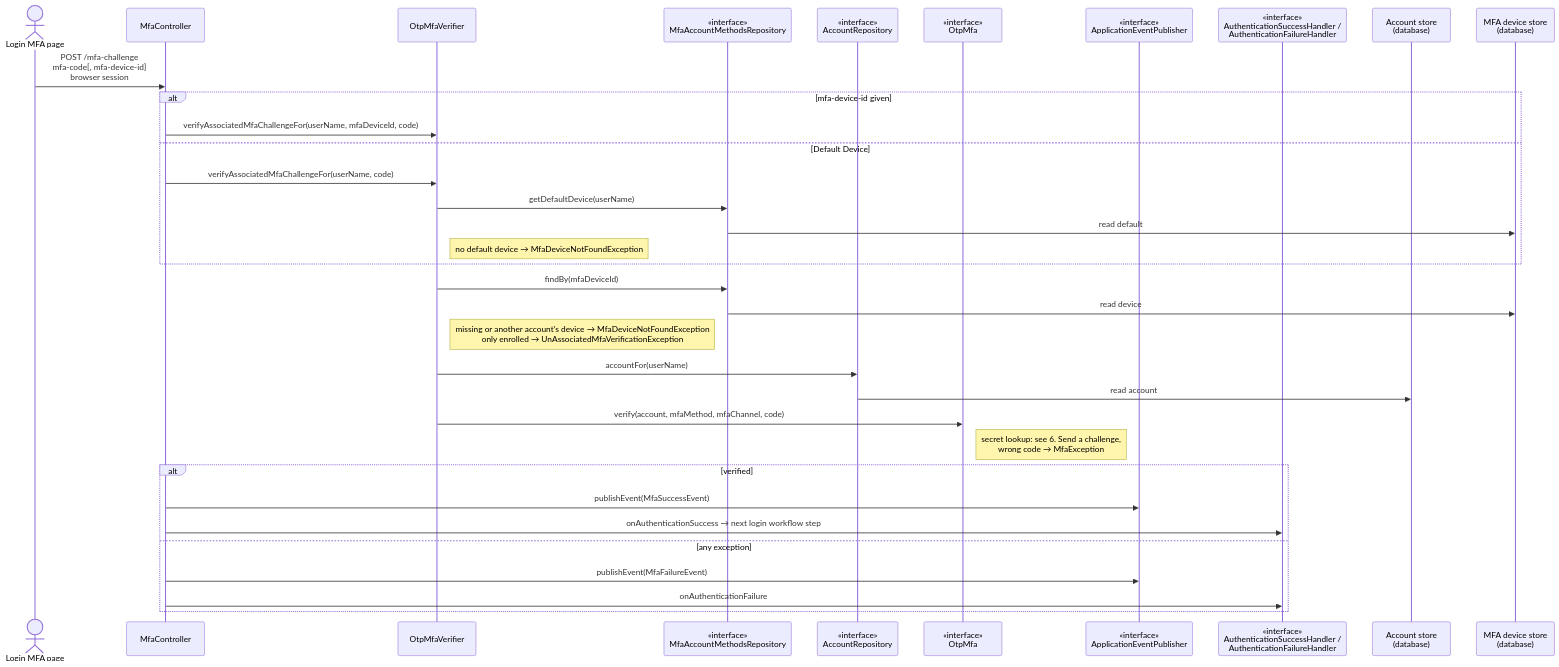
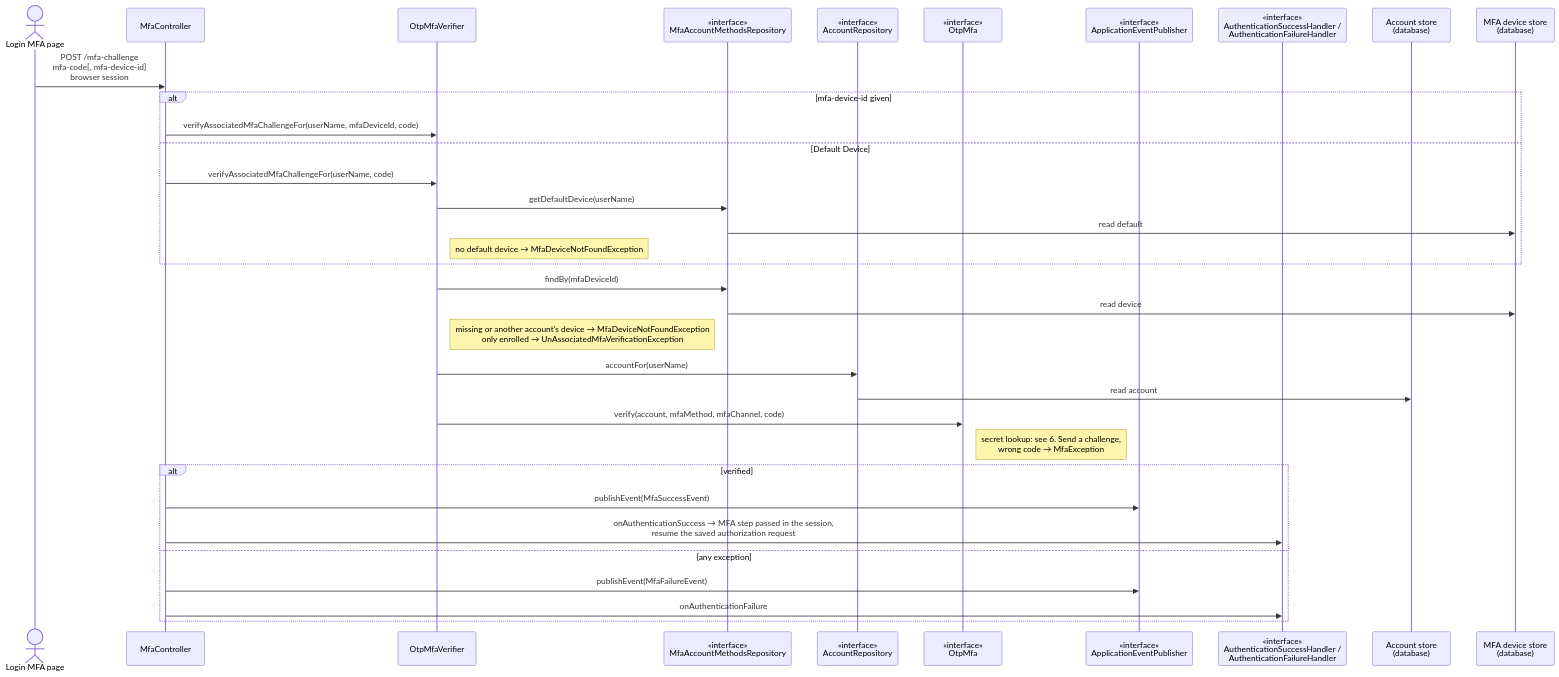
One commit to mrFlick72/vauthenticator changed the seventh of 7 diagrams in auth-server/docs/mfa-sequence-diagrams.md. Above: the diagram before and after it, drawn with Mermaid. The commit also changed other lines of this file and 22 other files, not shown here.

First line of the commit message:
auth-server: login workflow is checked at every authorization request (#287)

````diff
--- a/auth-server/docs/mfa-sequence-diagrams.md
+++ b/auth-server/docs/mfa-sequence-diagrams.md
@@ -272,36 +272,36 @@
 ```mermaid
 sequenceDiagram
     actor Browser as Login MFA page
     participant Controller as MfaController
     participant Verifier as OtpMfaVerifier
     participant MfaRepo as «interface»<br/>MfaAccountMethodsRepository
     participant AccountRepo as «interface»<br/>AccountRepository
     participant OtpMfa as «interface»<br/>OtpMfa
     participant Publisher as «interface»<br/>ApplicationEventPublisher
     participant Handlers as «interface»<br/>AuthenticationSuccessHandler /<br/>AuthenticationFailureHandler
     participant AccountDB as Account store<br/>(database)
     participant MfaDB as MFA device store<br/>(database)
     Browser->>Controller: POST /mfa-challenge<br/>mfa-code[, mfa-device-id]<br/>browser session
     alt mfa-device-id given
         Controller->>Verifier: verifyAssociatedMfaChallengeFor(userName, mfaDeviceId, code)
     else Default Device
         Controller->>Verifier: verifyAssociatedMfaChallengeFor(userName, code)
         Verifier->>MfaRepo: getDefaultDevice(userName)
         MfaRepo->>MfaDB: read default
         Note right of Verifier: no default device → MfaDeviceNotFoundException
     end
     Verifier->>MfaRepo: findBy(mfaDeviceId)
     MfaRepo->>MfaDB: read device
     Note right of Verifier: missing or another account's device → MfaDeviceNotFoundException<br/>only enrolled → UnAssociatedMfaVerificationException
     Verifier->>AccountRepo: accountFor(userName)
     AccountRepo->>AccountDB: read account
     Verifier->>OtpMfa: verify(account, mfaMethod, mfaChannel, code)
     Note right of OtpMfa: secret lookup: see 6. Send a challenge,<br/>wrong code → MfaException
     alt verified
         Controller->>Publisher: publishEvent(MfaSuccessEvent)
-        Controller->>Handlers: onAuthenticationSuccess → next login workflow step
+        Controller->>Handlers: onAuthenticationSuccess → MFA step passed in the session,<br/>resume the saved authorization request
     else any exception
         Controller->>Publisher: publishEvent(MfaFailureEvent)
         Controller->>Handlers: onAuthenticationFailure
     end
 ```
````
